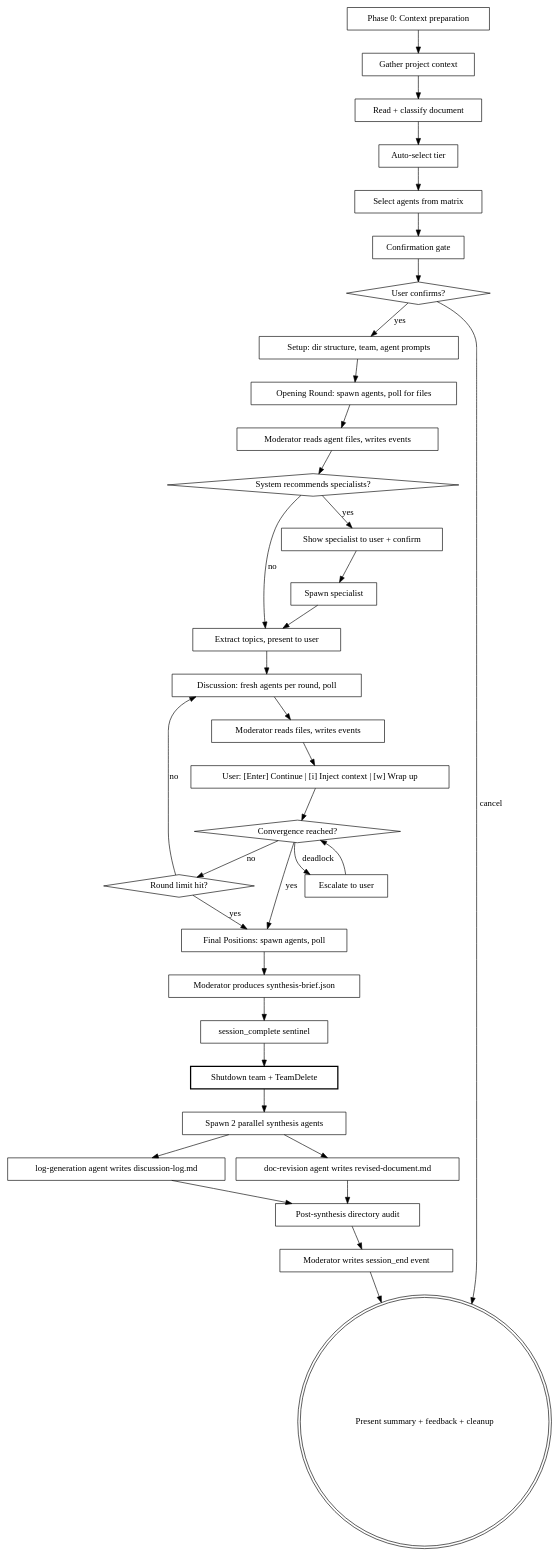
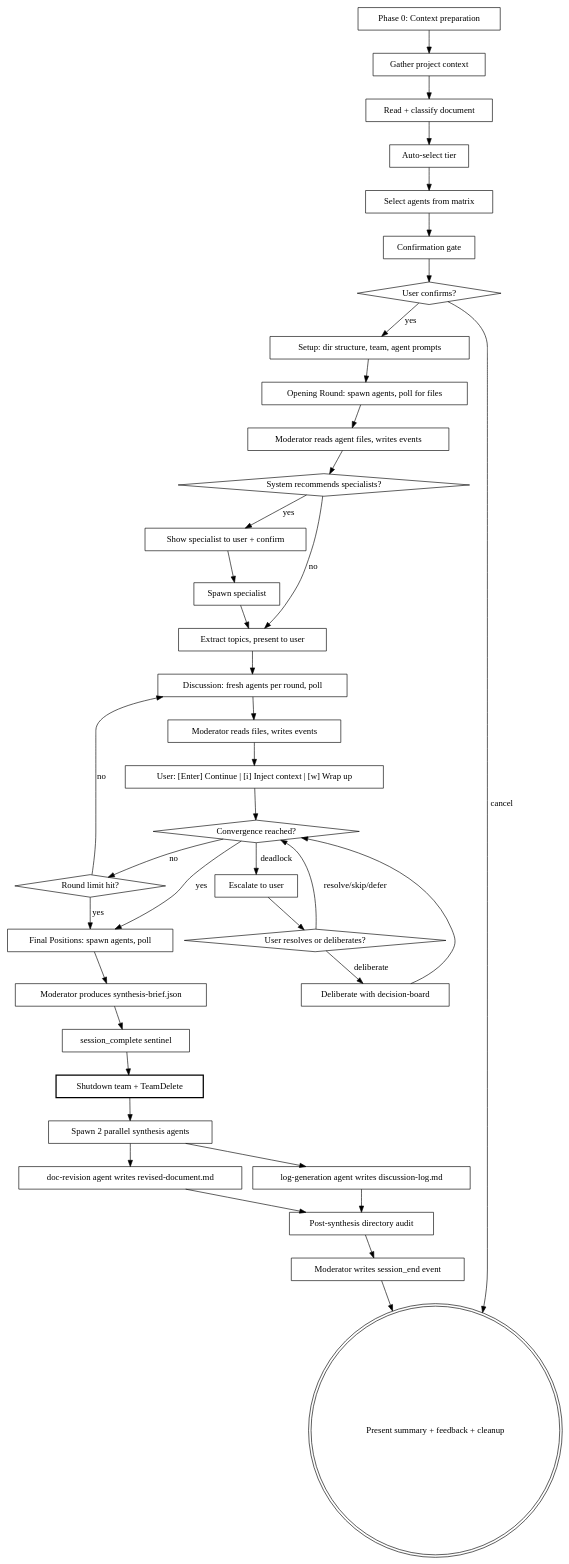
The diagram in deep-design/SKILL.md (dnhess/spectra), drawn with Graphviz before and after one commit. The commit also changed other lines of this file and 11 other files, not shown here.

````diff
--- a/deep-design/SKILL.md
+++ b/deep-design/SKILL.md
@@ -37,71 +37,76 @@
 ```dot
 digraph deep_design {
     rankdir=TB;
     "Phase 0: Context preparation" [shape=box];
     "Gather project context" [shape=box];
     "Read + classify document" [shape=box];
     "Auto-select tier" [shape=box];
     "Select agents from matrix" [shape=box];
     "Confirmation gate" [shape=box];
     "User confirms?" [shape=diamond];
     "Setup: dir structure, team, agent prompts" [shape=box];
     "Opening Round: spawn agents, poll for files" [shape=box];
     "Moderator reads agent files, writes events" [shape=box];
     "System recommends specialists?" [shape=diamond];
     "Show specialist to user + confirm" [shape=box];
     "Spawn specialist" [shape=box];
     "Extract topics, present to user" [shape=box];
     "Discussion: fresh agents per round, poll" [shape=box];
     "Moderator reads files, writes events" [shape=box];
     "User: [Enter] Continue | [i] Inject context | [w] Wrap up" [shape=box];
     "Convergence reached?" [shape=diamond];
     "Escalate to user" [shape=box];
     "Round limit hit?" [shape=diamond];
     "Final Positions: spawn agents, poll" [shape=box];
     "Moderator produces synthesis-brief.json" [shape=box];
     "session_complete sentinel" [shape=box];
     "Shutdown team + TeamDelete" [shape=box, style=bold];
     "Spawn 2 parallel synthesis agents" [shape=box];
     "doc-revision agent writes revised-document.md" [shape=box];
     "log-generation agent writes discussion-log.md" [shape=box];
     "Post-synthesis directory audit" [shape=box];
     "Moderator writes session_end event" [shape=box];
     "Present summary + feedback + cleanup" [shape=doublecircle];
 
     "Phase 0: Context preparation" -> "Gather project context";
     "Gather project context" -> "Read + classify document";
     "Read + classify document" -> "Auto-select tier";
     "Auto-select tier" -> "Select agents from matrix";
     "Select agents from matrix" -> "Confirmation gate";
     "Confirmation gate" -> "User confirms?";
     "User confirms?" -> "Setup: dir structure, team, agent prompts" [label="yes"];
     "User confirms?" -> "Present summary + feedback + cleanup" [label="cancel"];
     "Setup: dir structure, team, agent prompts" -> "Opening Round: spawn agents, poll for files";
     "Opening Round: spawn agents, poll for files" -> "Moderator reads agent files, writes events";
     "Moderator reads agent files, writes events" -> "System recommends specialists?";
     "System recommends specialists?" -> "Show specialist to user + confirm" [label="yes"];
     "System recommends specialists?" -> "Extract topics, present to user" [label="no"];
     "Show specialist to user + confirm" -> "Spawn specialist";
     "Spawn specialist" -> "Extract topics, present to user";
     "Extract topics, present to user" -> "Discussion: fresh agents per round, poll";
     "Discussion: fresh agents per round, poll" -> "Moderator reads files, writes events";
     "Moderator reads files, writes events" -> "User: [Enter] Continue | [i] Inject context | [w] Wrap up";
     "User: [Enter] Continue | [i] Inject context | [w] Wrap up" -> "Convergence reached?";
     "Convergence reached?" -> "Final Positions: spawn agents, poll" [label="yes"];
     "Convergence reached?" -> "Escalate to user" [label="deadlock"];
     "Convergence reached?" -> "Round limit hit?" [label="no"];
-    "Escalate to user" -> "Convergence reached?";
+    "Escalate to user" -> "User resolves or deliberates?" [label=""];
+    "User resolves or deliberates?" [shape=diamond];
+    "User resolves or deliberates?" -> "Convergence reached?" [label="resolve/skip/defer"];
+    "User resolves or deliberates?" -> "Deliberate with decision-board" [label="deliberate"];
+    "Deliberate with decision-board" [shape=box];
+    "Deliberate with decision-board" -> "Convergence reached?";
     "Round limit hit?" -> "Final Positions: spawn agents, poll" [label="yes"];
     "Round limit hit?" -> "Discussion: fresh agents per round, poll" [label="no"];
     "Final Positions: spawn agents, poll" -> "Moderator produces synthesis-brief.json";
     "Moderator produces synthesis-brief.json" -> "session_complete sentinel";
     "session_complete sentinel" -> "Shutdown team + TeamDelete";
     "Shutdown team + TeamDelete" -> "Spawn 2 parallel synthesis agents";
     "Spawn 2 parallel synthesis agents" -> "doc-revision agent writes revised-document.md";
     "Spawn 2 parallel synthesis agents" -> "log-generation agent writes discussion-log.md";
     "doc-revision agent writes revised-document.md" -> "Post-synthesis directory audit";
     "log-generation agent writes discussion-log.md" -> "Post-synthesis directory audit";
     "Post-synthesis directory audit" -> "Moderator writes session_end event";
     "Moderator writes session_end event" -> "Present summary + feedback + cleanup";
 }
 ```
````
